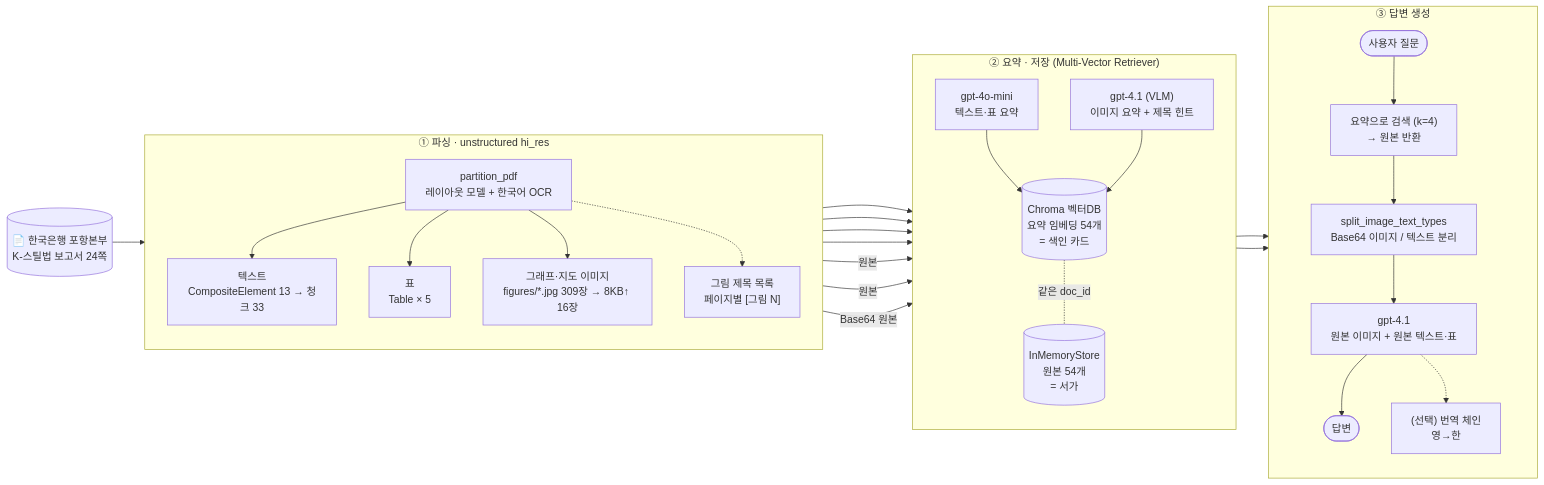
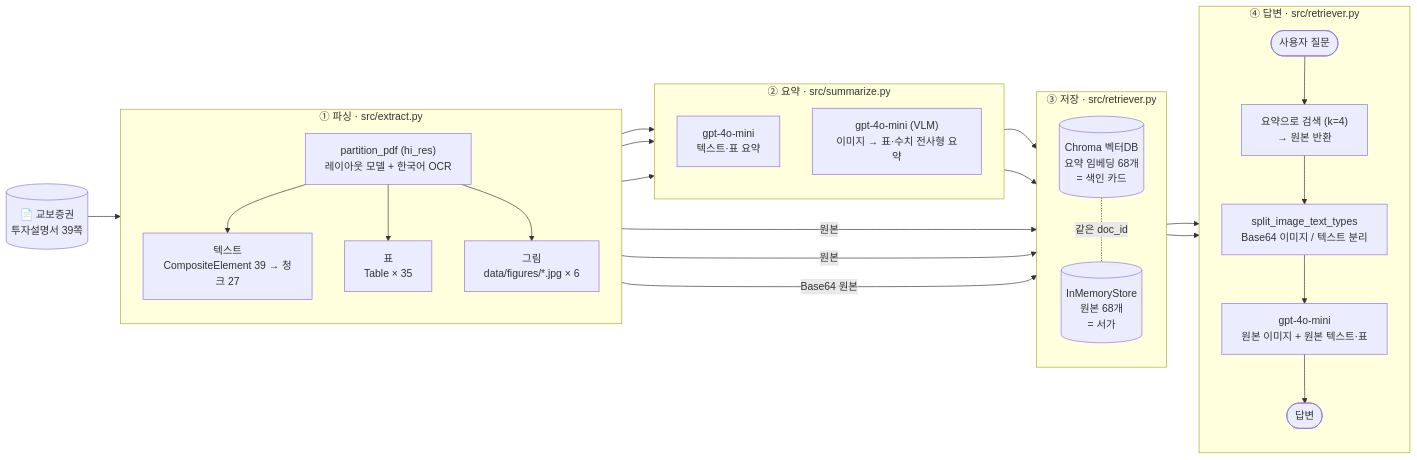
Before and after one commit to wintery7/multimodal-rag: the diagram in README.md, drawn with Mermaid. The commit also changed other lines of this file and 19 other files, not shown here.

First line of the commit message:
feat: 교보증권 투자설명서 멀티모달 RAG 파이프라인 정리

````diff
--- a/README.md
+++ b/README.md
@@ -26,48 +34,47 @@
 ```mermaid
 flowchart LR
-    PDF[("📄 한국은행 포항본부<br/>K-스틸법 보고서 24쪽")]
+    PDF[("📄 교보증권<br/>투자설명서 39쪽")]
 
-    subgraph S1["① 파싱 · unstructured hi_res"]
+    subgraph S1["① 파싱 · src/extract.py"]
         direction TB
-        P["partition_pdf<br/>레이아웃 모델 + 한국어 OCR"]
-        T["텍스트<br/>CompositeElement 13 → 청크 33"]
-        TB["표<br/>Table × 5"]
-        IMG["그래프·지도 이미지<br/>figures/*.jpg 309장 → 8KB↑ 16장"]
-        CAP["그림 제목 목록<br/>페이지별 [그림 N]"]
+        P["partition_pdf (hi_res)<br/>레이아웃 모델 + 한국어 OCR"]
+        T["텍스트<br/>CompositeElement 39 → 청크 27"]
+        TB["표<br/>Table × 35"]
+        IMG["그림<br/>data/figures/*.jpg × 6"]
         P --> T & TB & IMG
-        P -.-> CAP
     end
 
-    subgraph S2["② 요약 · 저장 (Multi-Vector Retriever)"]
+    subgraph S2["② 요약 · src/summarize.py"]
         direction TB
         LLM["gpt-4o-mini<br/>텍스트·표 요약"]
-        VLM["gpt-4.1 (VLM)<br/>이미지 요약 + 제목 힌트"]
-        VS[("Chroma 벡터DB<br/>요약 임베딩 54개<br/>= 색인 카드")]
-        DS[("InMemoryStore<br/>원본 54개<br/>= 서가")]
-        LLM --> VS
-        VLM --> VS
+        VLM["gpt-4o-mini (VLM)<br/>이미지 → 표·수치 전사형 요약"]
+    end
+
+    subgraph S3["③ 저장 · src/retriever.py"]
+        direction TB
+        VS[("Chroma 벡터DB<br/>요약 임베딩 68개<br/>= 색인 카드")]
+        DS[("InMemoryStore<br/>원본 68개<br/>= 서가")]
         VS -. "같은 doc_id" .- DS
     end
 
-    subgraph S3["③ 답변 생성"]
+    subgraph S4["④ 답변 · src/retriever.py"]
         direction TB
         Q(["사용자 질문"])
         R["요약으로 검색 (k=4)<br/>→ 원본 반환"]
         SP["split_image_text_types<br/>Base64 이미지 / 텍스트 분리"]
-        A["gpt-4.1<br/>원본 이미지 + 원본 텍스트·표"]
-        TR["(선택) 번역 체인<br/>영→한"]
+        A["gpt-4o-mini<br/>원본 이미지 + 원본 텍스트·표"]
         Q --> R --> SP --> A --> ANS(["답변"])
-        A -.-> TR
     end
 
     PDF --> P
     T --> LLM
     TB --> LLM
     IMG --> VLM
-    CAP --> VLM
+    LLM --> VS
+    VLM --> VS
     T -- 원본 --> DS
     TB -- 원본 --> DS
     IMG -- "Base64 원본" --> DS
     VS --> R
     DS --> R
 ```
````
